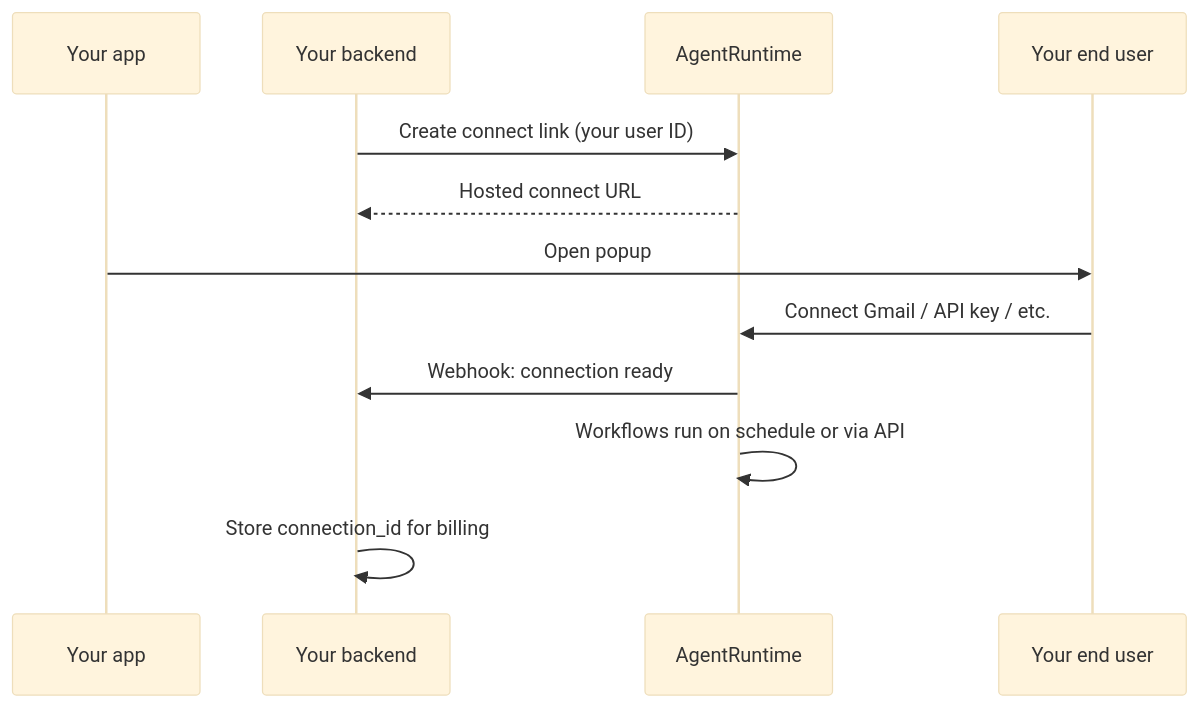
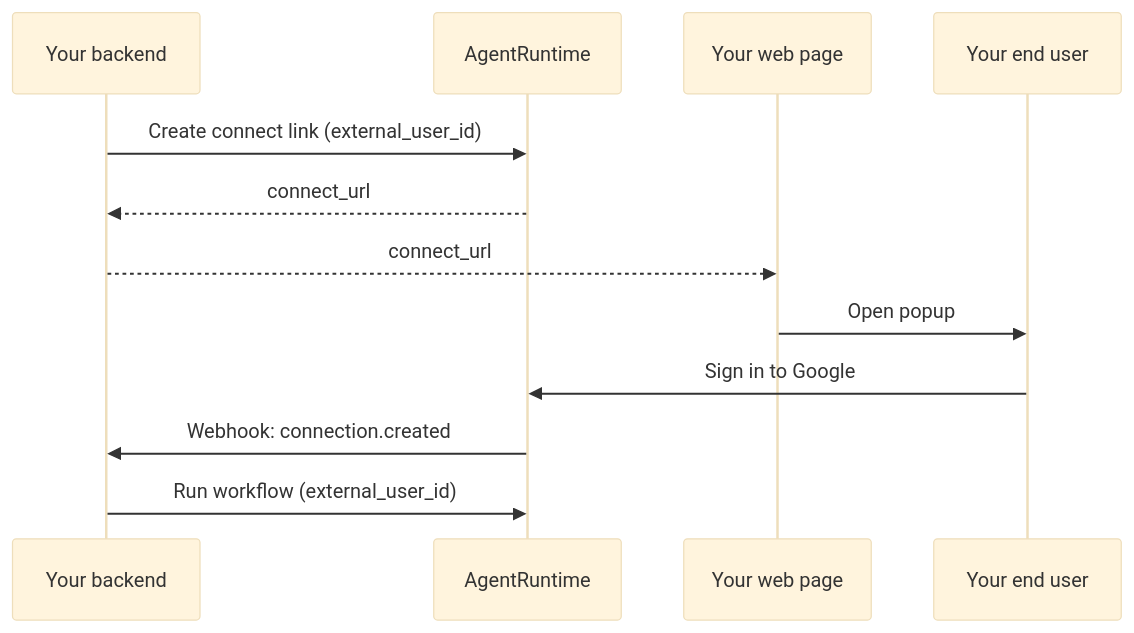
One commit to agentruntime-io/agentruntime-docs changed the diagram in integrations/embedded-connect.md. Above: the diagram before and after it, drawn with Mermaid (base theme). The commit also changed other lines of this file and 180 other files, not shown here.

````diff
--- a/integrations/embedded-connect.md
+++ b/integrations/embedded-connect.md
@@ -25,15 +29,15 @@
 ```mermaid
 sequenceDiagram
-  participant YourApp as Your app
-  participant YourServer as Your backend
+  participant Backend as Your backend
   participant AR as AgentRuntime
+  participant Page as Your web page
   participant User as Your end user
 
-  YourServer->>AR: Create connect link (your user ID)
-  AR-->>YourServer: Hosted connect URL
-  YourApp->>User: Open popup
-  User->>AR: Connect Gmail / API key / etc.
-  AR->>YourServer: Webhook: connection ready
-  AR->>AR: Workflows run on schedule or via API
-  YourServer->>YourServer: Store connection_id for billing
+  Backend->>AR: Create connect link (external_user_id)
+  AR-->>Backend: connect_url
+  Backend-->>Page: connect_url
+  Page->>User: Open popup
+  User->>AR: Sign in to Google
+  AR->>Backend: Webhook: connection.created
+  Backend->>AR: Run workflow (external_user_id)
 ```
````
